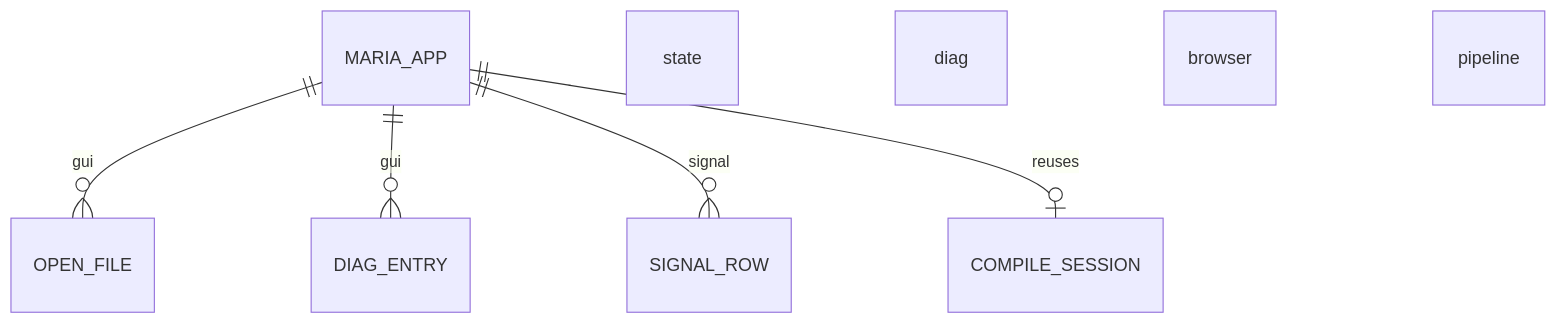
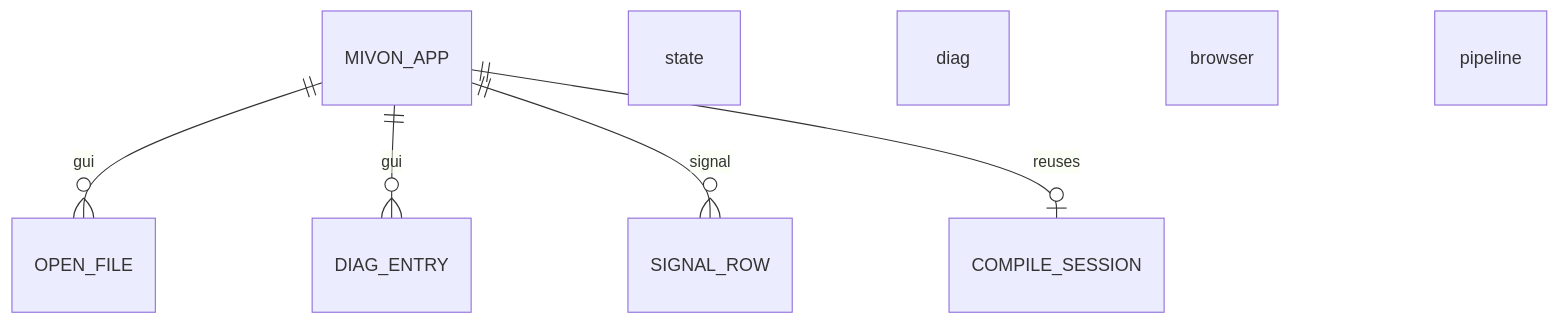
Diagram 25 of 27 in ERD.md (Yoriyoi-drop/maria), drawn with Mermaid before and after one commit. The commit also changed other lines of this file and 16 other files, not shown here.

Commit message:
rebrand fase 3: docs/branding maria -> mivon (README, AGENTS, design/erd/emu docs, doc/, MIVON-HDL.md)

````diff
--- a/ERD.md
+++ b/ERD.md
@@ -1063,7 +1063,7 @@
 ```mermaid
 erDiagram
-    MARIA_APP ||--o{ OPEN_FILE : gui state
-    MARIA_APP ||--o{ DIAG_ENTRY : gui diag
-    MARIA_APP ||--o{ SIGNAL_ROW : signal browser
-    MARIA_APP ||--o| COMPILE_SESSION : reuses pipeline
+    MIVON_APP ||--o{ OPEN_FILE : gui state
+    MIVON_APP ||--o{ DIAG_ENTRY : gui diag
+    MIVON_APP ||--o{ SIGNAL_ROW : signal browser
+    MIVON_APP ||--o| COMPILE_SESSION : reuses pipeline
 ```
````
